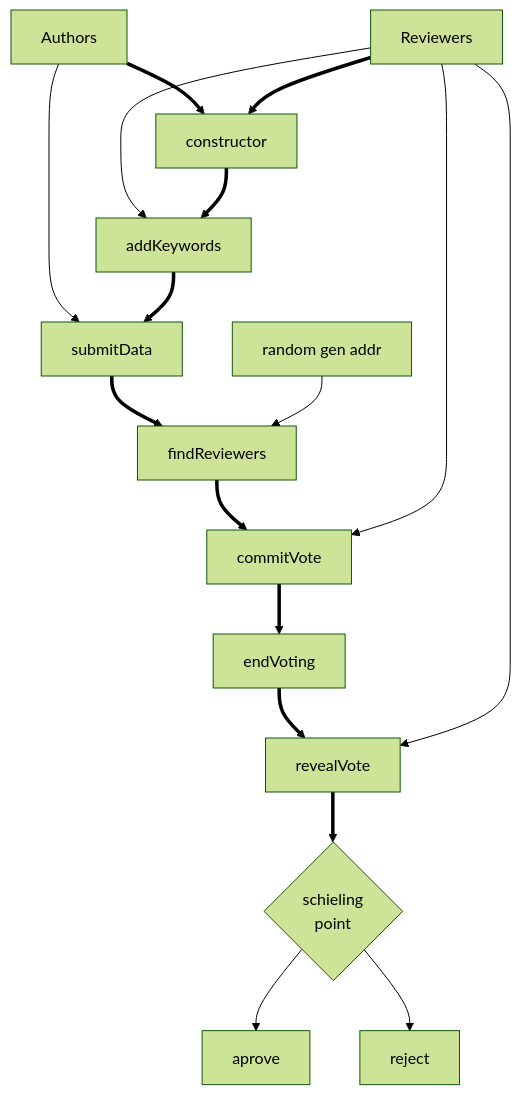
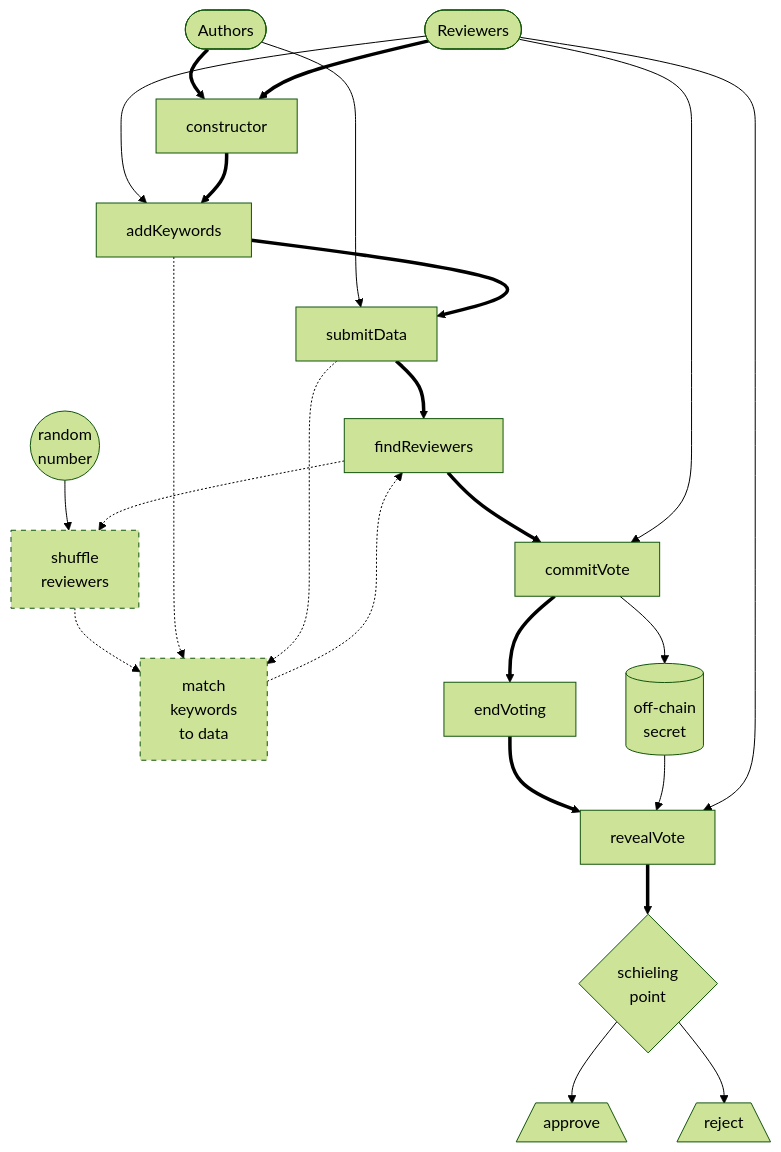
Before and after one commit to kirilligum/lightlink-hackathon-20240204-ai-data-peer-review: the diagram in PeerReview_flow.mmd, drawn with Mermaid (forest theme). The commit also changed 2 other files, not shown here.

```diff
--- a/PeerReview_flow.mmd
+++ b/PeerReview_flow.mmd
@@ -1,21 +1,30 @@
 graph TD
-a["Authors"] ==> c["constructor"]
-r["Reviewers"] ==> c
+a(["Authors"]) ==> c["constructor"]
+r(["Reviewers"]) ==> c
 
 
 r --> ak["addKeywords"]
 c ==> ak
 
 a --> sd["submitData"]
 ak ==> sd
 
 sd ==> f["findReviewers"]
-ra["random gen addr"] --> f
+ra(("random<br/>number")) --> sh
+f -.-> sh["shuffle<br/> reviewers"]
+style sh stroke-dasharray: 5 5
+sh-.->m["match<br/>keywords</br>to data"]
+style m stroke-dasharray: 5 5
+ak-.->m
+sd -.-> m
+m-.->f
 f ==> cv["commitVote"]
 r --> cv
 cv ==> ev["endVoting"]
+cv --> sv[("off-chain<br/>secret")]
 ev ==> rv["revealVote"]
+sv --> rv
 r --> rv
 rv ==> sp{"schieling<br/> point"}
-sp --> aprove
-sp --> reject
+sp --> aprove[/"approve"\]
+sp --> reject[/"reject"\]
```
